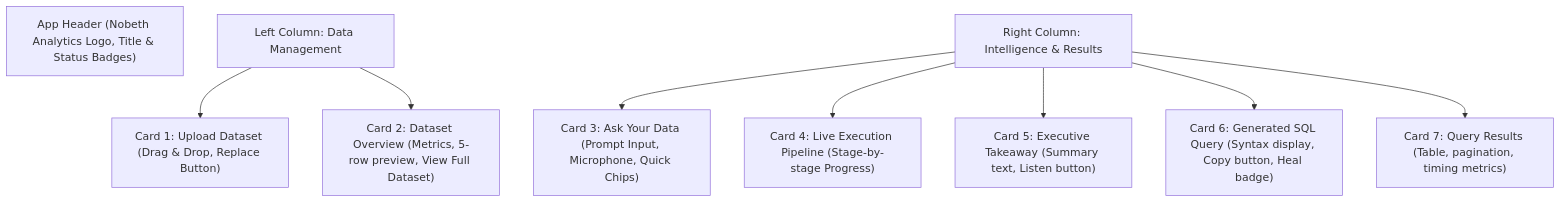
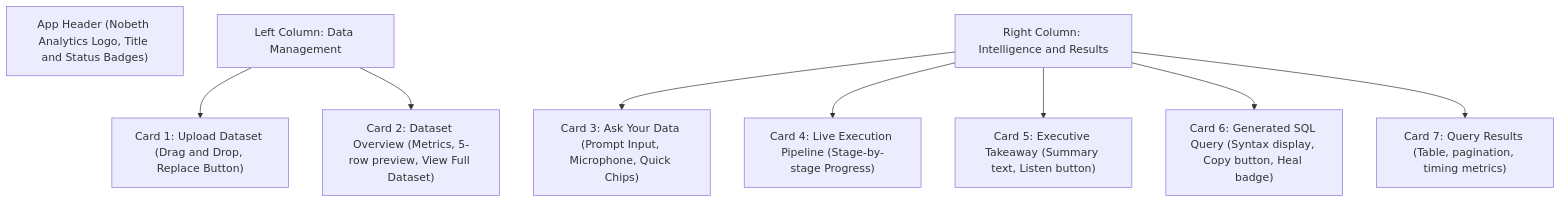
One commit to sankaran-s2001/VoiceCSV-Analytics-Agent changed the seventh of 8 diagrams in README.md. Above: the diagram before and after it, drawn with Mermaid. The commit also changed other lines of this file, not shown here.

Commit message:
fix(docs): resolve GitHub Mermaid diagram rendering errors and unescaped characters

````diff
--- a/README.md
+++ b/README.md
@@ -886,15 +886,15 @@
 ```mermaid
 flowchart TD
-    Header["App Header (Nobeth Analytics Logo, Title & Status Badges)"]
+    Header["App Header (Nobeth Analytics Logo, Title and Status Badges)"]
     ColLeft["Left Column: Data Management"]
-    ColRight["Right Column: Intelligence & Results"]
+    ColRight["Right Column: Intelligence and Results"]
 
-    ColLeft --> Card1["Card 1: Upload Dataset (Drag & Drop, Replace Button)"]
+    ColLeft --> Card1["Card 1: Upload Dataset (Drag and Drop, Replace Button)"]
     ColLeft --> Card2["Card 2: Dataset Overview (Metrics, 5-row preview, View Full Dataset)"]
 
     ColRight --> Card3["Card 3: Ask Your Data (Prompt Input, Microphone, Quick Chips)"]
     ColRight --> Card4["Card 4: Live Execution Pipeline (Stage-by-stage Progress)"]
     ColRight --> Card5["Card 5: Executive Takeaway (Summary text, Listen button)"]
     ColRight --> Card6["Card 6: Generated SQL Query (Syntax display, Copy button, Heal badge)"]
     ColRight --> Card7["Card 7: Query Results (Table, pagination, timing metrics)"]
 ```
````
